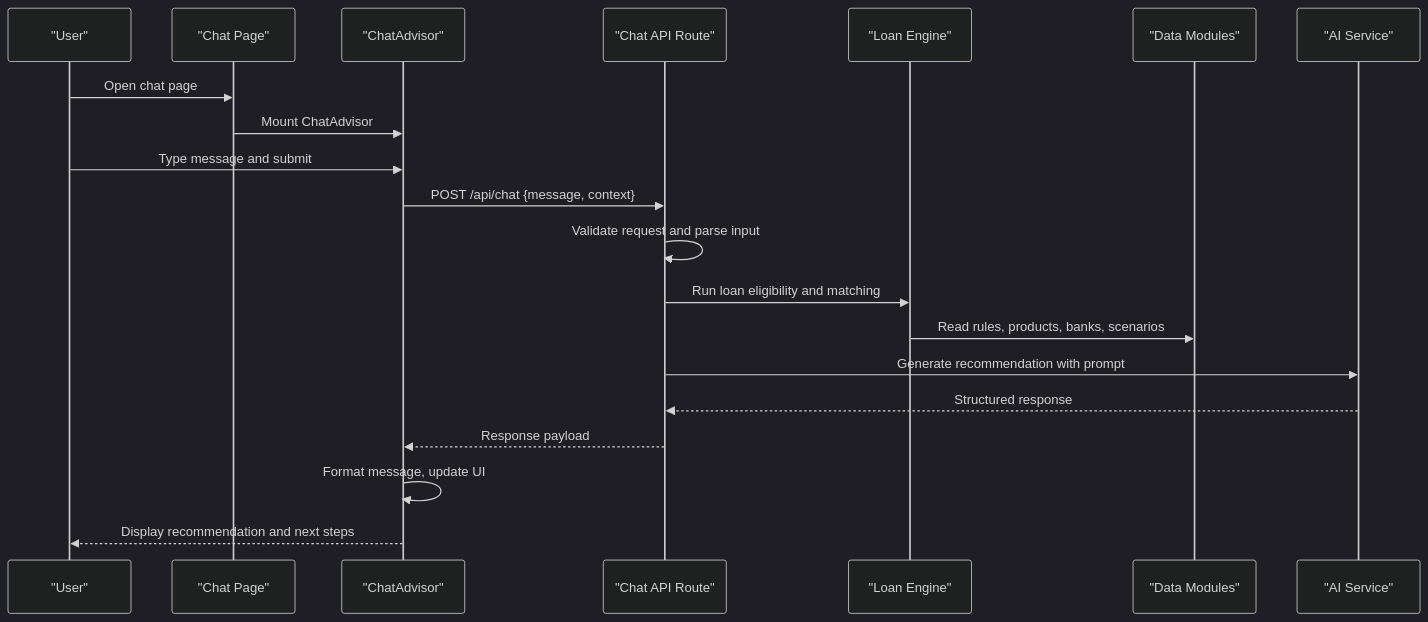
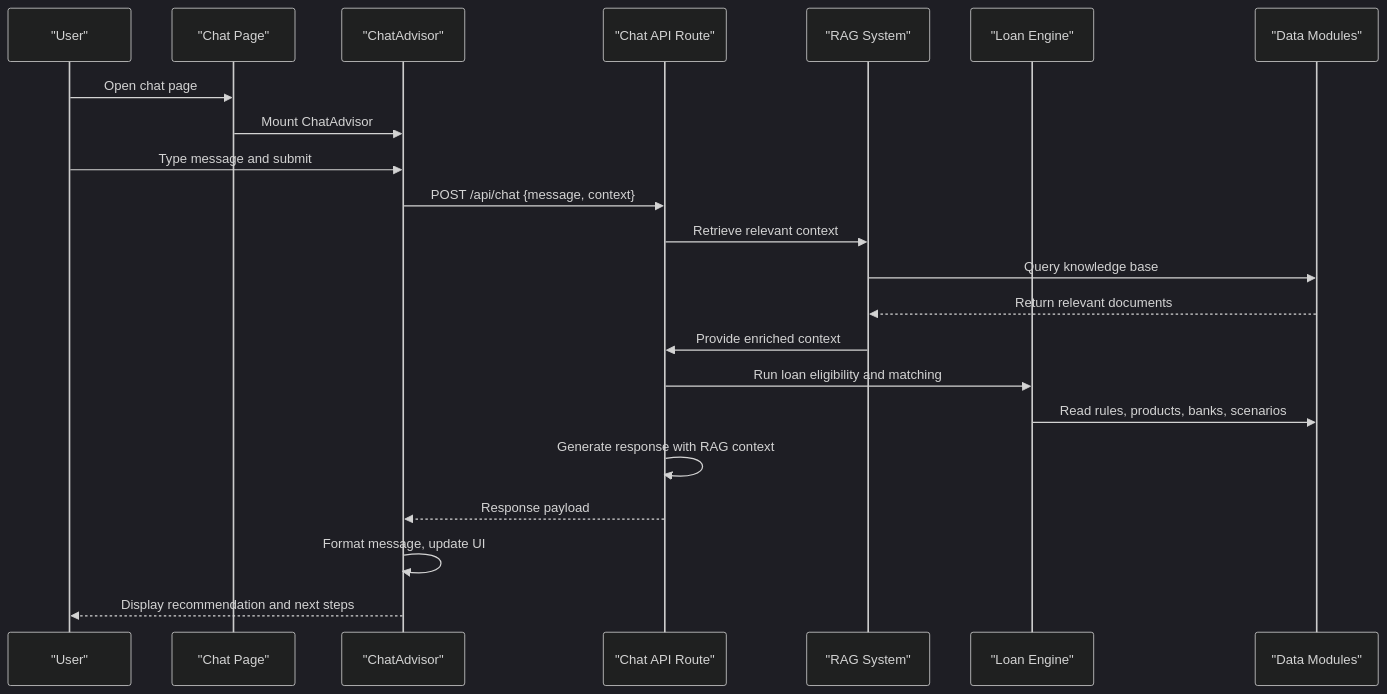
One commit to alibaba-hackathon-fsi/frontend-vaya changed the second of 6 diagrams in .qoder/repowiki/en/content/Chat Interface/Chat Interface.md. Above: the diagram before and after it, drawn with Mermaid (dark theme). The commit also changed other lines of this file and 77 other files, not shown here.

````diff
--- a/.qoder/repowiki/en/content/Chat Interface/Chat Interface.md
+++ b/.qoder/repowiki/en/content/Chat Interface/Chat Interface.md
@@ -115,22 +136,24 @@
 ```mermaid
 sequenceDiagram
 participant U as "User"
 participant P as "Chat Page"
 participant C as "ChatAdvisor"
 participant A as "Chat API Route"
+participant R as "RAG System"
 participant L as "Loan Engine"
 participant D as "Data Modules"
-participant AI as "AI Service"
 U->>P : Open chat page
 P->>C : Mount ChatAdvisor
 U->>C : Type message and submit
 C->>A : POST /api/chat {message, context}
-A->>A : Validate request and parse input
+A->>R : Retrieve relevant context
+R->>D : Query knowledge base
+D-->>R : Return relevant documents
+R->>A : Provide enriched context
 A->>L : Run loan eligibility and matching
 L->>D : Read rules, products, banks, scenarios
-A->>AI : Generate recommendation with prompt
-AI-->>A : Structured response
+A->>A : Generate response with RAG context
 A-->>C : Response payload
 C->>C : Format message, update UI
 C-->>U : Display recommendation and next steps
 ```
````
